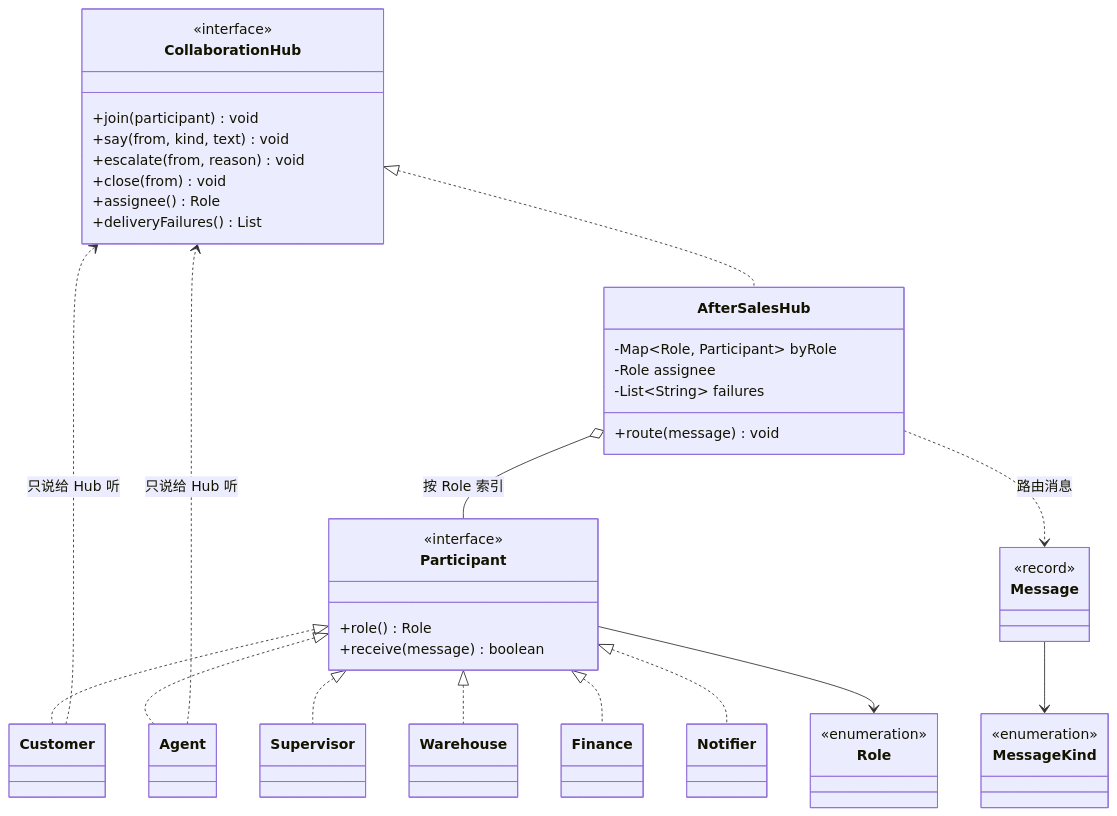
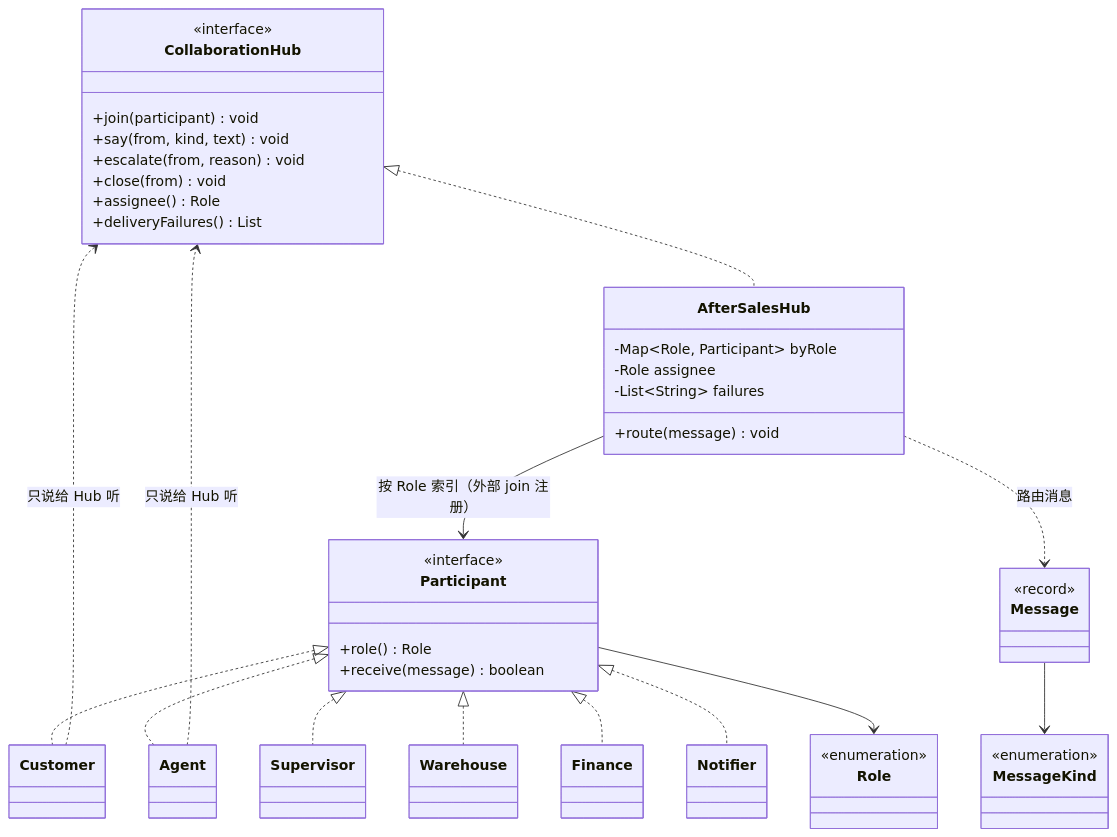
Diagram 17 of 27 in docs/10-uml-atlas.md (hglgh/design_patterns_pro), drawn with Mermaid before and after one commit. The commit also changed other lines of this file and 16 other files, not shown here.

````diff
--- a/docs/10-uml-atlas.md
+++ b/docs/10-uml-atlas.md
@@ -763,51 +786,51 @@
 ```mermaid
 classDiagram
     class CollaborationHub {
         <<interface>>
         +join(participant) void
         +say(from, kind, text) void
         +escalate(from, reason) void
         +close(from) void
         +assignee() Role
         +deliveryFailures() List
     }
     class AfterSalesHub {
         -Map~Role, Participant~ byRole
         -Role assignee
         -List~String~ failures
         +route(message) void
     }
     class Participant {
         <<interface>>
         +role() Role
         +receive(message) boolean
     }
     class Customer
     class Agent
     class Supervisor
     class Warehouse
     class Finance
     class Notifier
     class Message {
         <<record>>
     }
     class MessageKind {
         <<enumeration>>
     }
     class Role {
         <<enumeration>>
     }
     CollaborationHub <|.. AfterSalesHub
     Participant <|.. Customer
     Participant <|.. Agent
     Participant <|.. Supervisor
     Participant <|.. Warehouse
     Participant <|.. Finance
     Participant <|.. Notifier
-    AfterSalesHub o-- Participant : 按 Role 索引
+    AfterSalesHub --> Participant : 按 Role 索引（外部 join 注册）
     Customer ..> CollaborationHub : 只说给 Hub 听
     Agent ..> CollaborationHub : 只说给 Hub 听
     AfterSalesHub ..> Message : 路由消息
     Message --> MessageKind
     Participant --> Role
 ```
````
